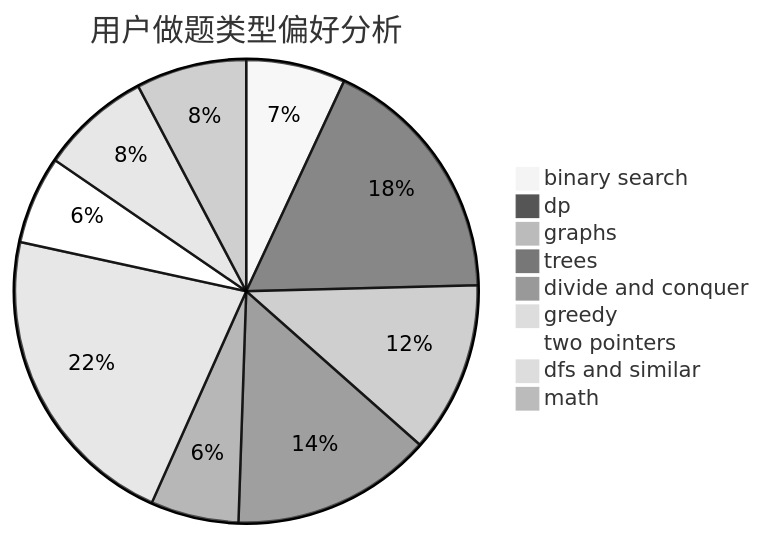
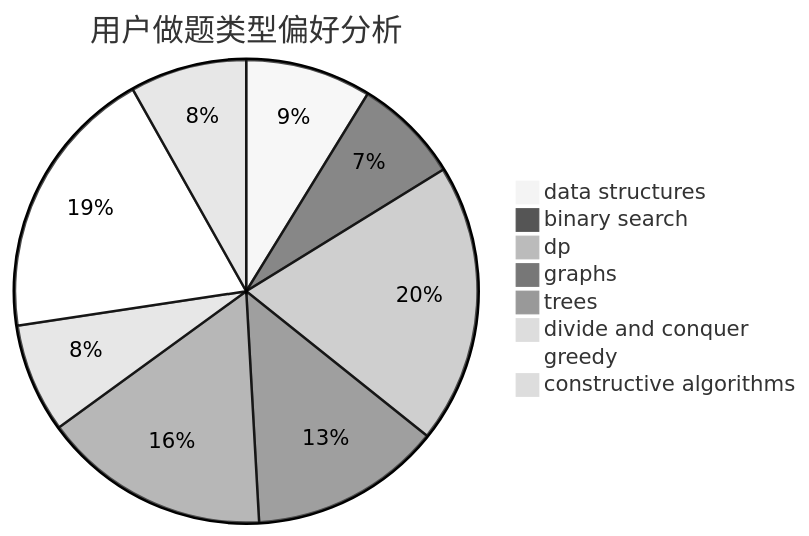
The second of 3 diagrams in docs/user/u271.md (sherpahu/cfrs.github.io), drawn with Mermaid (neutral theme) before and after one commit. The commit also changed other lines of this file and 2775 other files, not shown here.

````diff
--- a/docs/user/u271.md
+++ b/docs/user/u271.md
@@ -23,12 +23,11 @@
 ```mermaid
 pie title 用户做题类型偏好分析
-    "binary search" :  97
-    "dp" :  247
-    "graphs" :  167
-    "trees" :  196
-    "divide and conquer" :  86
-    "greedy" :  304
-    "two pointers" :  86
-    "dfs and similar" :  108
-    "math" :  108
+    "data structures" :  84
+    "binary search" :  71
+    "dp" :  187
+    "graphs" :  128
+    "trees" :  152
+    "divide and conquer" :  73
+    "greedy" :  184
+    "constructive algorithms" :  78
 ```
````
